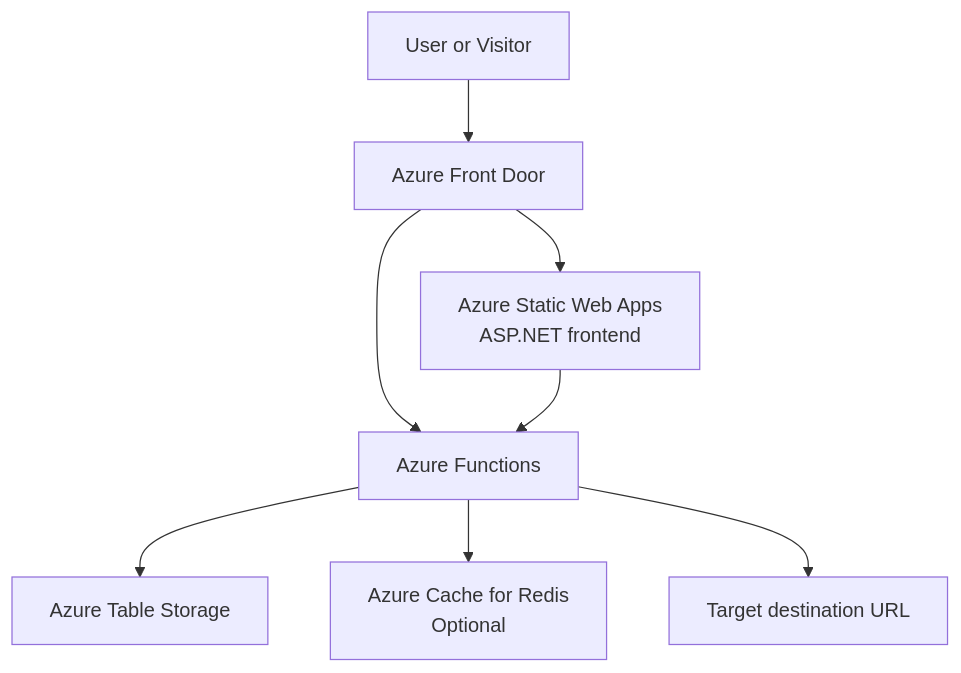
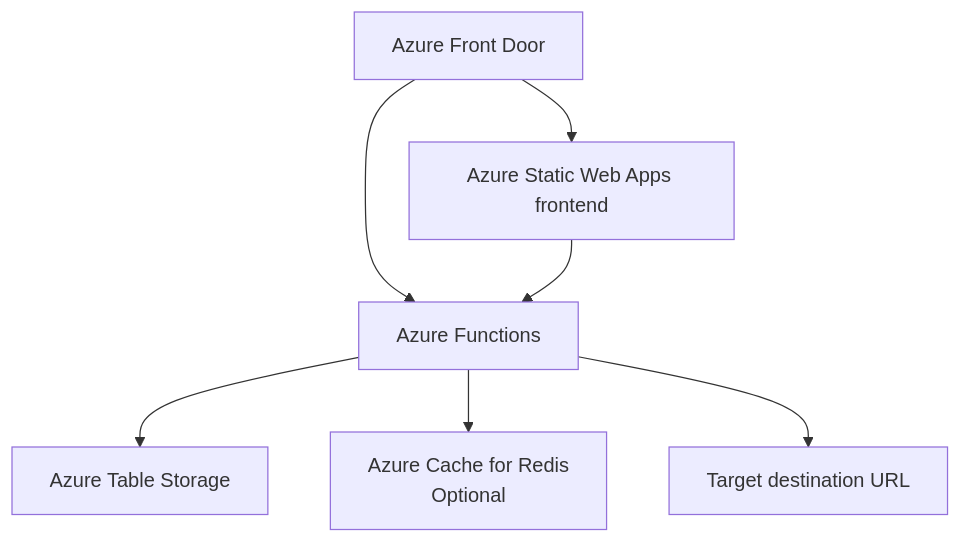
Before and after one commit to RaulSebastian/url-redirect: the second of 2 diagrams in README.md, drawn with Mermaid. The commit also changed other lines of this file, not shown here.

````diff
--- a/README.md
+++ b/README.md
@@ -58,18 +56,16 @@
 ```mermaid
 flowchart TB
-    U["User or Visitor"]
     FD["Azure Front Door"]
-    SWA["Azure Static Web Apps<br/>ASP.NET frontend"]
+    SWA["Azure Static Web Apps frontend"]
     FUNC["Azure Functions"]
     TABLE["Azure Table Storage"]
     REDIS["Azure Cache for Redis<br/>Optional"]
     TARGET["Target destination URL"]
 
-    U --> FD
     FD --> SWA
     FD --> FUNC
     SWA --> FUNC
     FUNC --> TABLE
     FUNC --> REDIS
     FUNC --> TARGET
 ```
````
